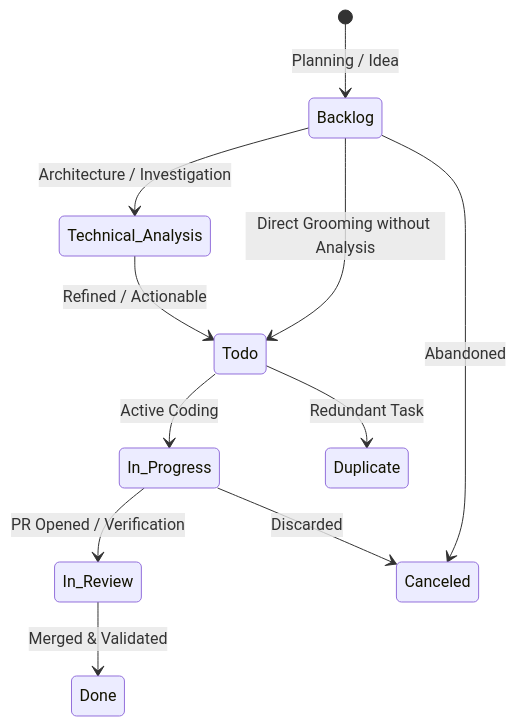
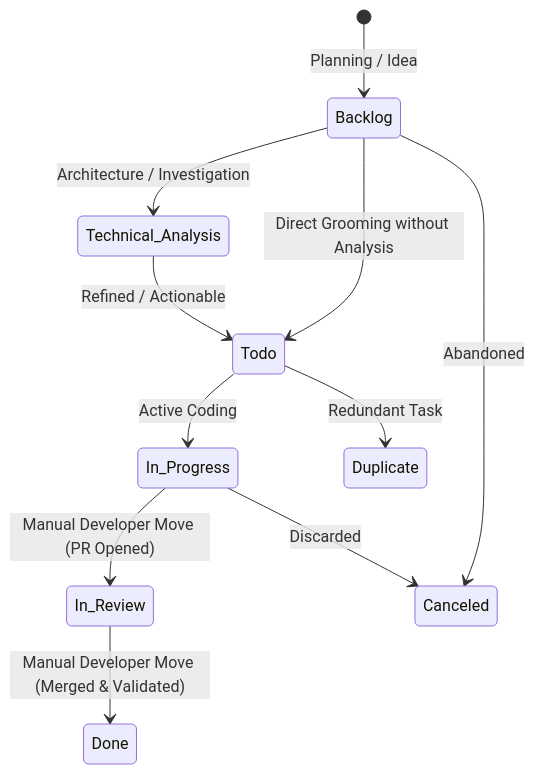
One commit to CaioCoelhoChaves/fk_apm changed the diagram in skills/linear-workflow/references/states-and-labels.md. Above: the diagram before and after it, drawn with Mermaid. The commit also changed other lines of this file and 2 other files, not shown here.

````diff
--- a/skills/linear-workflow/references/states-and-labels.md
+++ b/skills/linear-workflow/references/states-and-labels.md
@@ -11,13 +11,13 @@
 ```mermaid
 stateDiagram-v2
     [*] --> Backlog: Planning / Idea
     Backlog --> Technical_Analysis: Architecture / Investigation
     Technical_Analysis --> Todo: Refined / Actionable
     Todo --> In_Progress: Active Coding
     Backlog --> Todo: Direct Grooming without Analysis
-    In_Progress --> In_Review: PR Opened / Verification
-    In_Review --> Done: Merged & Validated
+    In_Progress --> In_Review: Manual Developer Move (PR Opened)
+    In_Review --> Done: Manual Developer Move (Merged & Validated)
     Backlog --> Canceled: Abandoned
     Todo --> Duplicate: Redundant Task
     In_Progress --> Canceled: Discarded
 ```
````
